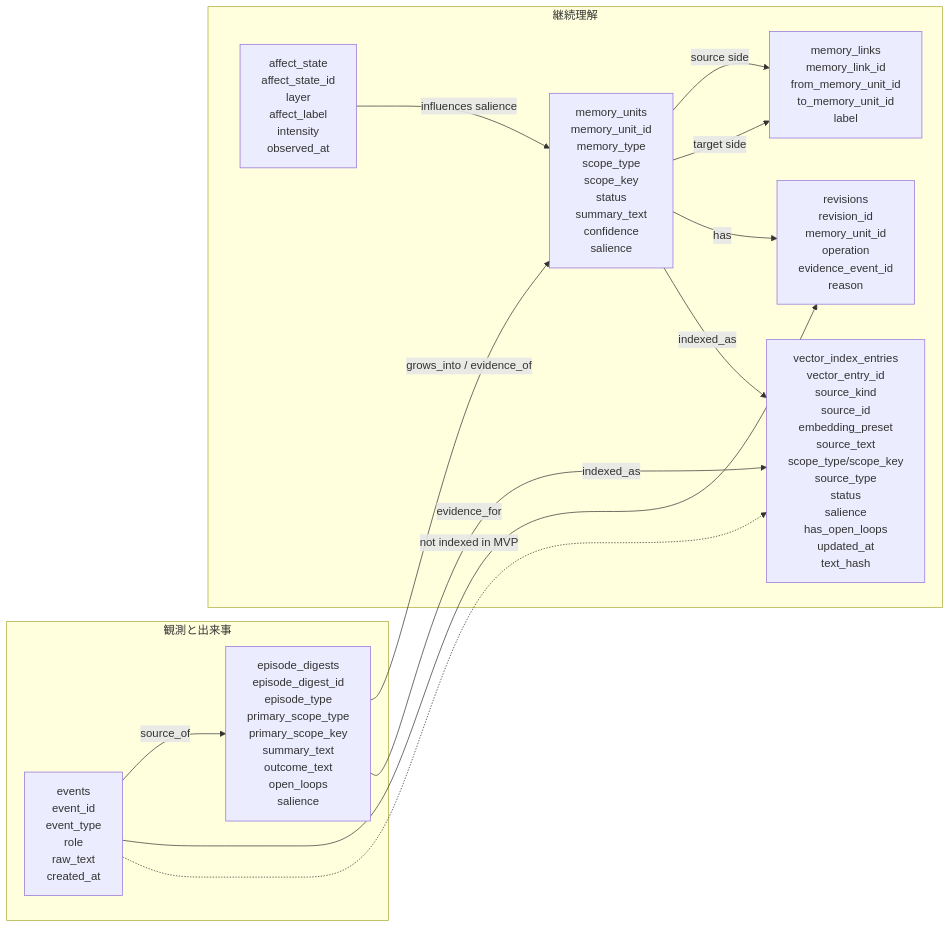
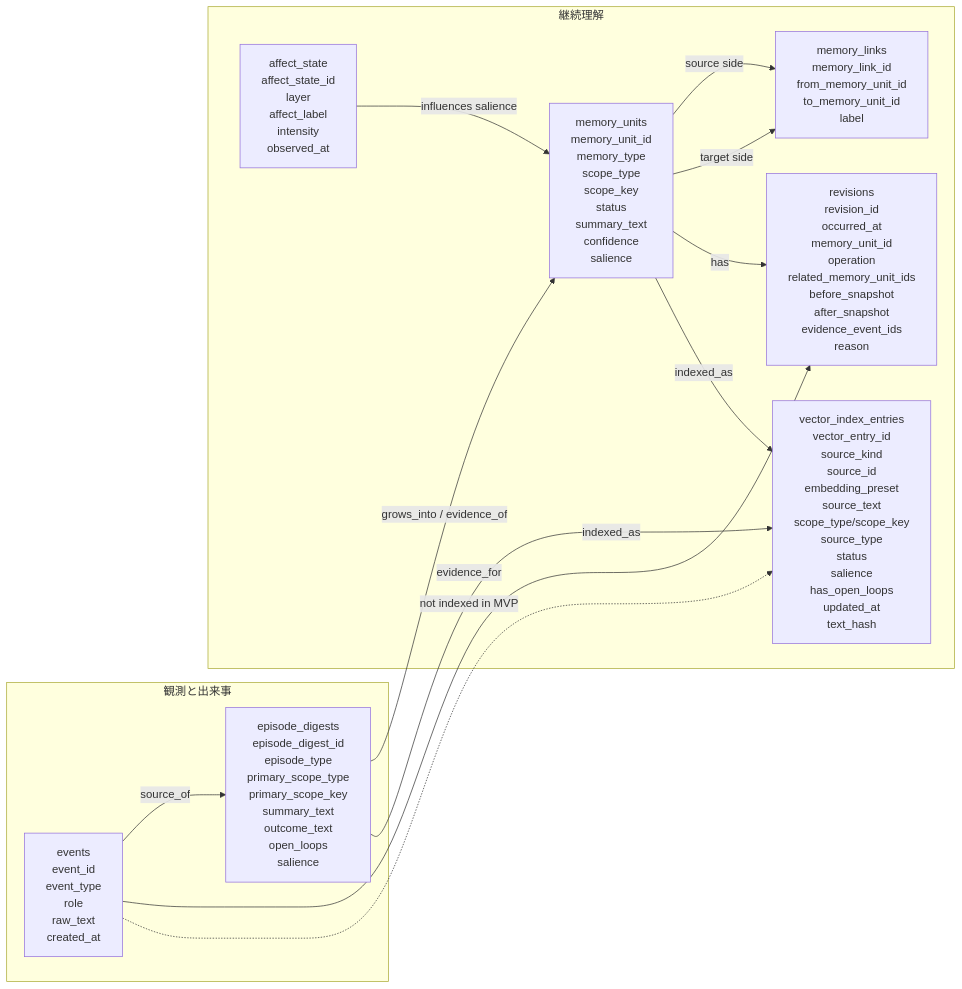
Before and after one commit to hirona98/OtomeKairo: the ninth of 10 diagrams in docs/reference/memory/02_想起と判断フロー図.md, drawn with Mermaid. The commit also changed other lines of this file and 6 other files, not shown here.

````diff
--- a/docs/reference/memory/02_想起と判断フロー図.md
+++ b/docs/reference/memory/02_想起と判断フロー図.md
@@ -416,26 +416,26 @@
 ```mermaid
 flowchart LR
     subgraph RAW[観測と出来事]
         EV[events<br/>event_id<br/>event_type<br/>role<br/>raw_text<br/>created_at]
         ED[episode_digests<br/>episode_digest_id<br/>episode_type<br/>primary_scope_type<br/>primary_scope_key<br/>summary_text<br/>outcome_text<br/>open_loops<br/>salience]
     end
 
     subgraph CORE[継続理解]
         MU[memory_units<br/>memory_unit_id<br/>memory_type<br/>scope_type<br/>scope_key<br/>status<br/>summary_text<br/>confidence<br/>salience]
         ML[memory_links<br/>memory_link_id<br/>from_memory_unit_id<br/>to_memory_unit_id<br/>label]
-        RV[revisions<br/>revision_id<br/>memory_unit_id<br/>operation<br/>evidence_event_id<br/>reason]
+        RV[revisions<br/>revision_id<br/>occurred_at<br/>memory_unit_id<br/>operation<br/>related_memory_unit_ids<br/>before_snapshot<br/>after_snapshot<br/>evidence_event_ids<br/>reason]
         AF[affect_state<br/>affect_state_id<br/>layer<br/>affect_label<br/>intensity<br/>observed_at]
         VX[vector_index_entries<br/>vector_entry_id<br/>source_kind<br/>source_id<br/>embedding_preset<br/>source_text<br/>scope_type/scope_key<br/>source_type<br/>status<br/>salience<br/>has_open_loops<br/>updated_at<br/>text_hash]
     end
 
     EV -->|source_of| ED
     ED -->|grows_into / evidence_of| MU
     MU -->|source side| ML
     MU -->|target side| ML
     MU -->|has| RV
     EV -->|evidence_for| RV
     AF -->|influences salience| MU
     MU -->|indexed_as| VX
     ED -->|indexed_as| VX
     EV -. not indexed in MVP .-> VX
 ```
````
